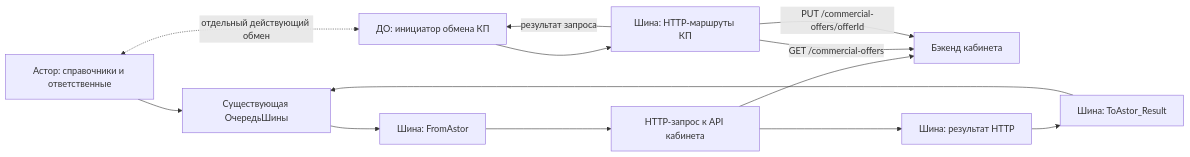
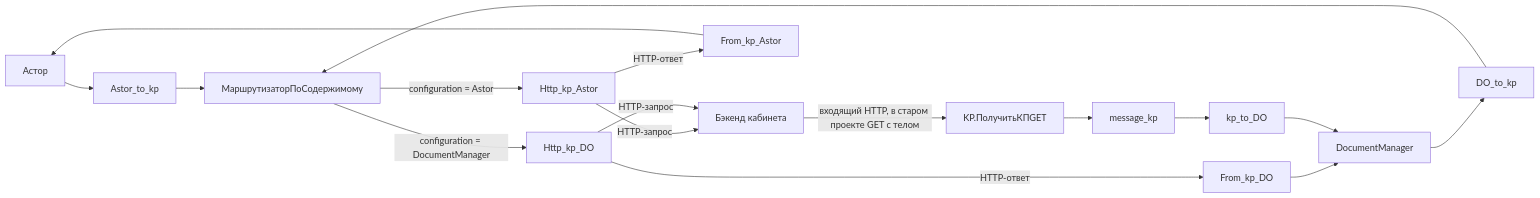
The diagram in onec/docs/architecture.md (DEN97SE/react_project), drawn with Mermaid before and after one commit. The commit also changed other lines of this file and 33 other files, not shown here.

Commit message:
Use supplied HTTP Bus scheme and direct Astor integration service without queue register

````diff
--- a/onec/docs/architecture.md
+++ b/onec/docs/architecture.md
@@ -5,15 +5,19 @@
 ```mermaid
 flowchart LR
-    A[Астор: справочники и ответственные] --> Q[Существующая ОчередьШины]
-    Q --> F[Шина: FromAstor]
-    F --> H[HTTP-запрос к API кабинета]
-    H --> B[Бэкенд кабинета]
-    H --> R[Шина: результат HTTP]
-    R --> T[Шина: ToAstor_Result]
-    T --> Q
-    D[ДО: инициатор обмена КП] --> S[Шина: HTTP-маршруты КП]
-    S -->|GET /commercial-offers| B
-    S -->|PUT /commercial-offers/offerId| B
-    S -->|результат запроса| D
-    A <-. отдельный действующий обмен .-> D
+  A[Астор] --> AK[Astor_to_kp]
+  AK --> R[МаршрутизаторПоСодержимому]
+  D[DocumentManager] --> DK[DO_to_kp]
+  DK --> R
+  R -->|configuration = Astor| HA[Http_kp_Astor]
+  R -->|configuration = DocumentManager| HD[Http_kp_DO]
+  HA -->|HTTP-запрос| B[Бэкенд кабинета]
+  HD -->|HTTP-запрос| B
+  HA -->|HTTP-ответ| RA[From_kp_Astor]
+  RA --> A
+  HD -->|HTTP-ответ| RD[From_kp_DO]
+  RD --> D
+  B -->|входящий HTTP, в старом проекте GET с телом| KP[KP.ПолучитьКПGET]
+  KP --> M[message_kp]
+  M --> TD[kp_to_DO]
+  TD --> D
 ```
````
